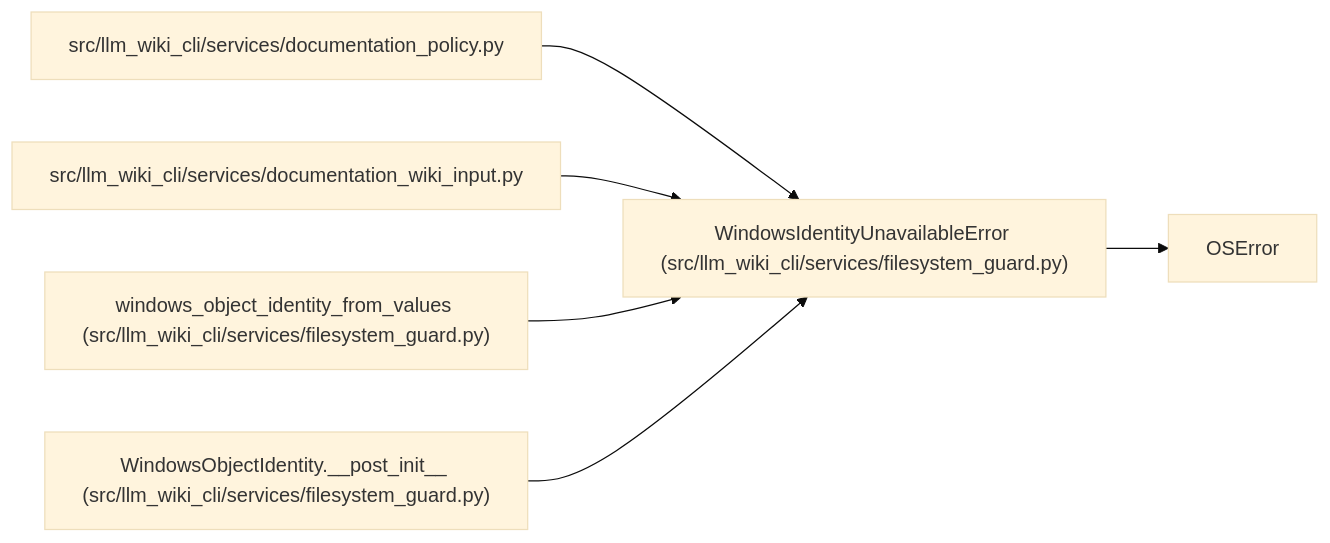
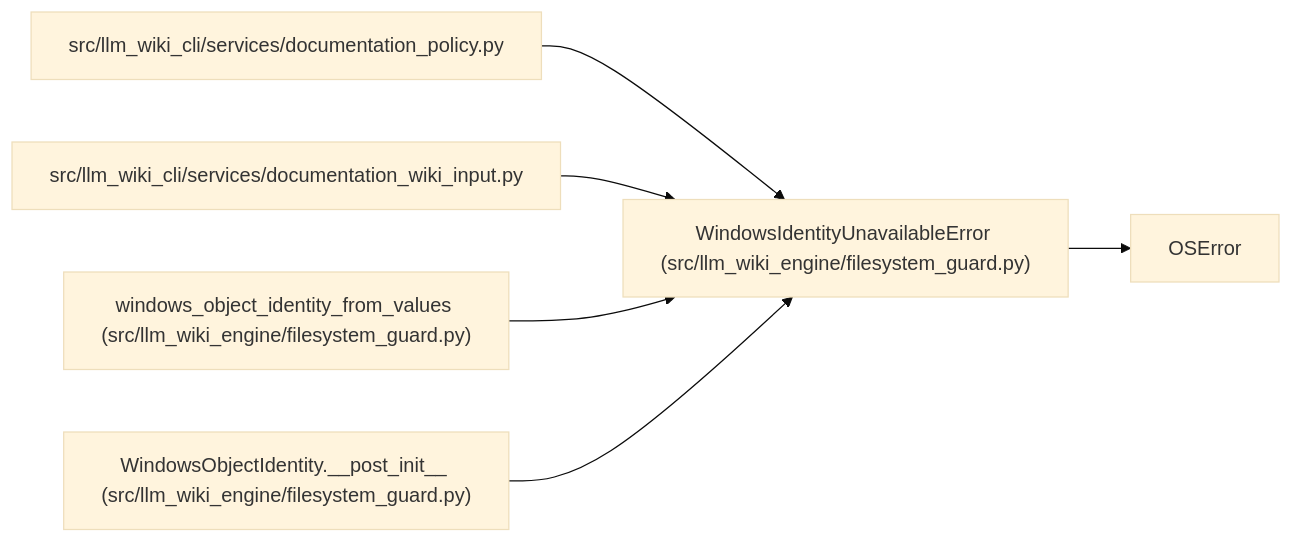
Before and after one commit to Denissvgn/python-wiki-llm: the diagram in docs/llm_wiki/entities/WindowsIdentityUnavailableError.md, drawn with Mermaid (base theme). The commit also changed other lines of this file and 739 other files, not shown here.

First line of the commit message:
docs: refresh the wiki for the second engine batch

````diff
--- a/docs/llm_wiki/entities/WindowsIdentityUnavailableError.md
+++ b/docs/llm_wiki/entities/WindowsIdentityUnavailableError.md
@@ -23,19 +23,19 @@
 ```mermaid
 flowchart LR
-    n0["WindowsIdentityUnavailableError (src/llm_wiki_cli/services/filesystem_guard.py)"]
+    n0["WindowsIdentityUnavailableError (src/llm_wiki_engine/filesystem_guard.py)"]
     n1["OSError"]
     n2["src/llm_wiki_cli/services/documentation_policy.py"]
     n3["src/llm_wiki_cli/services/documentation_wiki_input.py"]
-    n4["windows_object_identity_from_values (src/llm_wiki_cli/services/filesystem_guard.py)"]
-    n5["WindowsObjectIdentity.__post_init__ (src/llm_wiki_cli/services/filesystem_guard.py)"]
+    n4["windows_object_identity_from_values (src/llm_wiki_engine/filesystem_guard.py)"]
+    n5["WindowsObjectIdentity.__post_init__ (src/llm_wiki_engine/filesystem_guard.py)"]
     n0 --> n1
     n2 --> n0
     n3 --> n0
     n4 --> n0
     n5 --> n0
     click n0 "../modules/filesystem_guard.md"
     click n2 "../modules/documentation_policy.md"
     click n3 "../modules/documentation_wiki_input.md"
     click n4 "../modules/filesystem_guard.md"
     click n5 "../modules/filesystem_guard.md"
 ```
````
